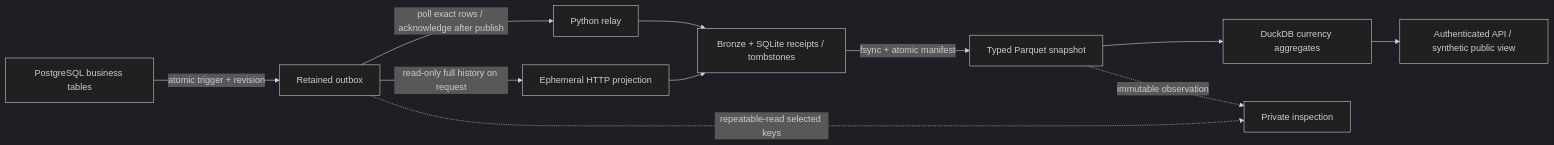
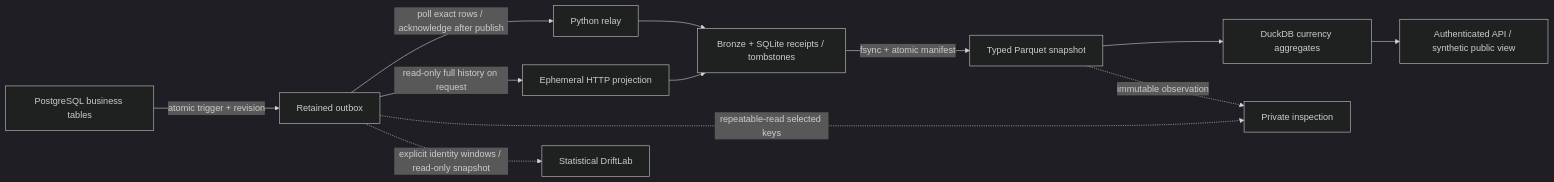
One commit to 9059Rohith/fluxlake changed the diagram in README.md. Above: the diagram before and after it, drawn with Mermaid (dark theme). The commit also changed other lines of this file and 22 other files, not shown here.

Commit message:
Add bounded Statistical DriftLab over retained CDC evidence

````diff
--- a/README.md
+++ b/README.md
@@ -23,13 +24,14 @@
 ```mermaid
 flowchart LR
   PG[PostgreSQL business tables] -->|atomic trigger + revision| O[Retained outbox]
   O -->|poll exact rows / acknowledge after publish| R[Python relay]
   O -->|read-only full history on request| E[Ephemeral HTTP projection]
   R --> L[Bronze + SQLite receipts / tombstones]
   E --> L
   L -->|fsync + atomic manifest| P[Typed Parquet snapshot]
   P --> D[DuckDB currency aggregates]
   D --> API[Authenticated API / synthetic public view]
   O -. repeatable-read selected keys .-> I[Private inspection]
+  O -. explicit identity windows / read-only snapshot .-> S[Statistical DriftLab]
   P -. immutable observation .-> I
 ```
````
